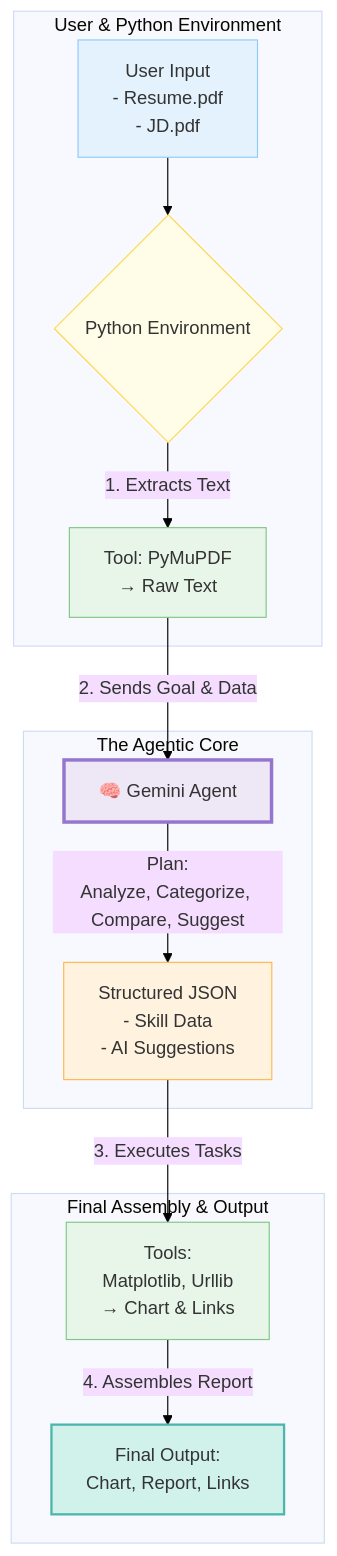
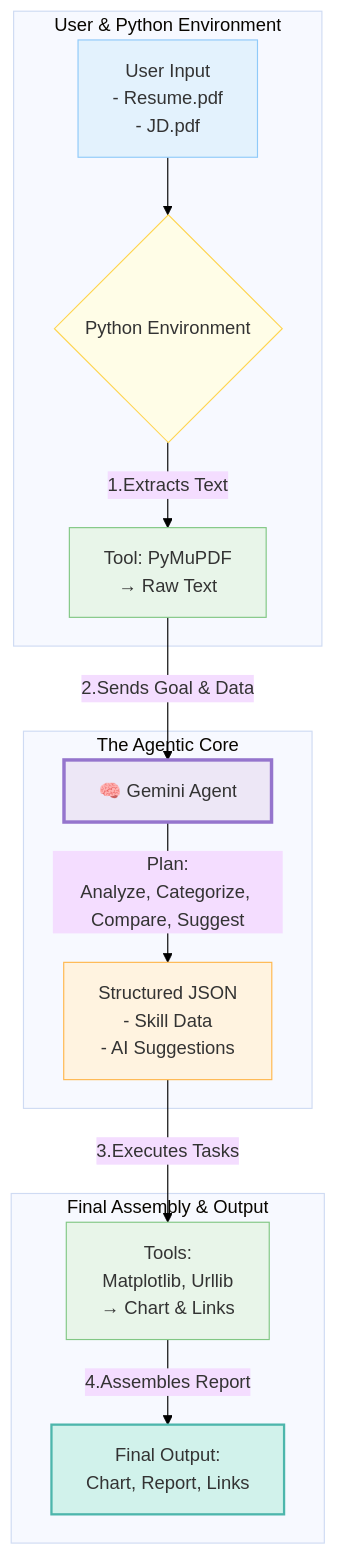
One commit to u-8d/ai-resume-analyser changed the diagram in README.md. Above: the diagram before and after it, drawn with Mermaid. The commit also changed other lines of this file, not shown here.

`````diff
--- a/README.md
+++ b/README.md
@@ -31,26 +31,26 @@
 ```mermaid
 %%{init: {'theme': 'base', 'themeVariables': { 'background': '#FFFFFF'}}}%%
 graph TD
     subgraph "User & Python Environment"
         A[User Input<br/>- Resume.pdf<br/>- JD.pdf] --> B{Python Environment}
-        B -->|1. Extracts Text| C[Tool: PyMuPDF<br/>→ Raw Text]
+        B -->|1.Extracts Text| C[Tool: PyMuPDF<br/>→ Raw Text]
     end
 
     subgraph "The Agentic Core"
-        C -->|2. Sends Goal & Data| D[🧠 Gemini Agent]
+        C -->|2.Sends Goal & Data| D[🧠 Gemini Agent]
         D -->|Plan:<br/>Analyze, Categorize, Compare, Suggest| E[Structured JSON<br/>- Skill Data<br/>- AI Suggestions]
     end
 
     subgraph "Final Assembly & Output"
-        E -->|3. Executes Tasks| F[Tools:<br/>Matplotlib, Urllib<br/>→ Chart & Links]
-        F -->|4. Assembles Report| G[Final Output:<br/>Chart, Report, Links]
+        E -->|3.Executes Tasks| F[Tools:<br/>Matplotlib, Urllib<br/>→ Chart & Links]
+        F -->|4.Assembles Report| G[Final Output:<br/>Chart, Report, Links]
     end
 
     style A fill:#E3F2FD,stroke:#90CAF9
     style B fill:#FFFDE7,stroke:#FFD54F
     style C fill:#E8F5E9,stroke:#81C784
     style D fill:#EDE7F6,stroke:#9575CD,stroke-width:3px
     style E fill:#FFF3E0,stroke:#FFB74D
     style F fill:#E8F5E9,stroke:#81C784
     style G fill:#D1F2EB,stroke:#4DB6AC,stroke-width:2px
 ````
`````
